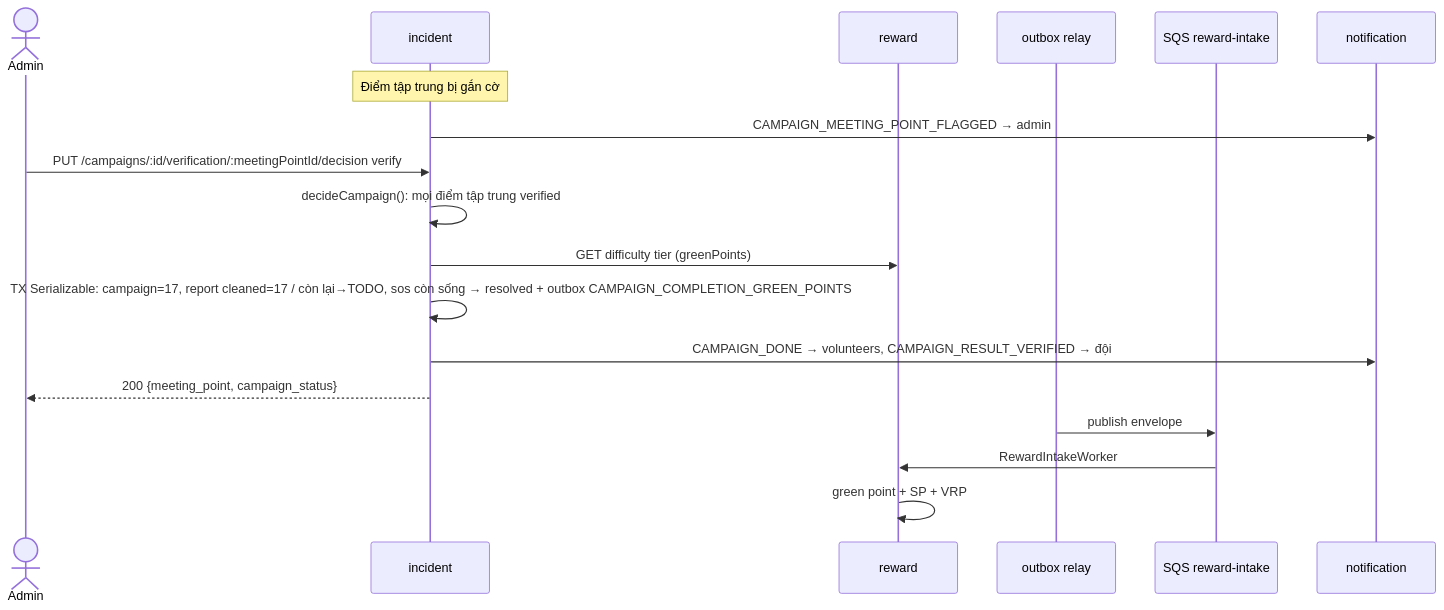
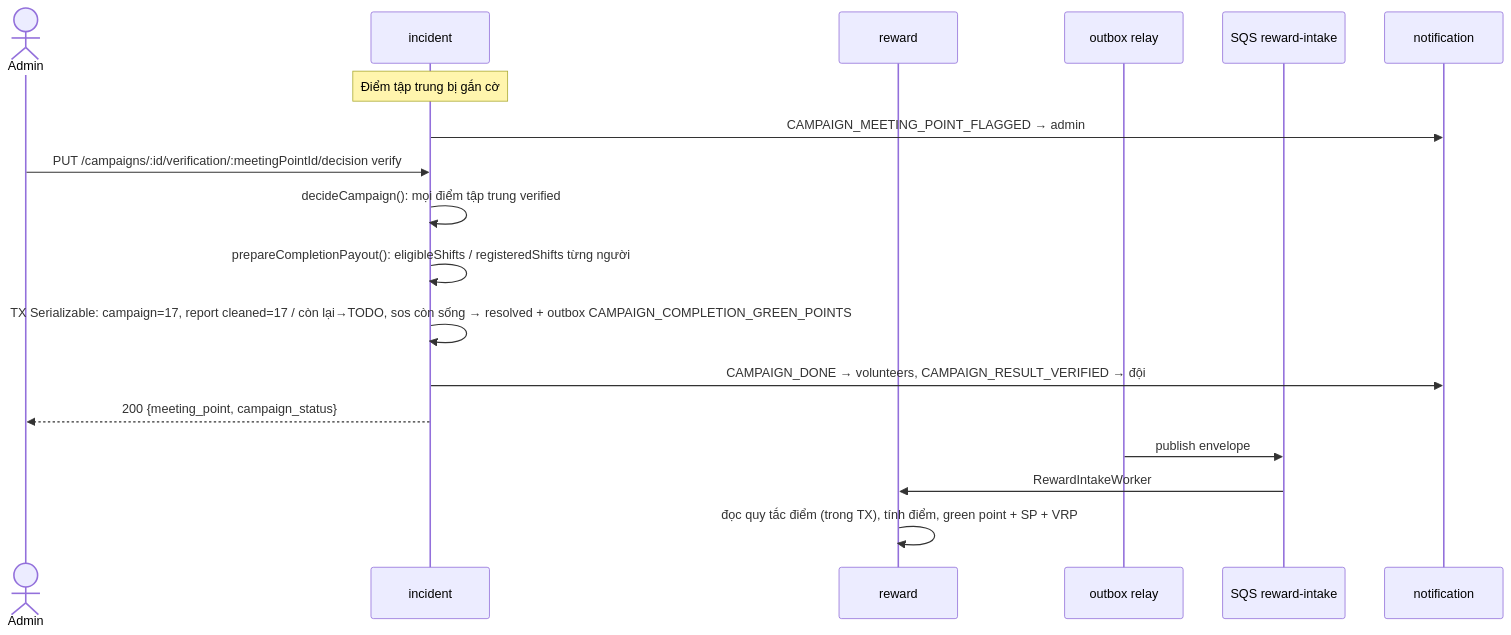
Before and after one commit to DOAN2-UQT-KN/ecolink-docs: diagram 24 of 30 in 02-business-flows.md, drawn with Mermaid. The commit also changed other lines of this file and 12 other files, not shown here.

Commit message:
docs: green points earning via point rules, remove campaign difficulty

````diff
--- a/02-business-flows.md
+++ b/02-business-flows.md
@@ -1048,20 +1044,20 @@
 ```mermaid
 sequenceDiagram
   actor A as Admin
   participant INC as incident
   participant RW as reward
   participant RL as outbox relay
   participant Q as SQS reward-intake
   participant NS as notification
   Note over INC: Điểm tập trung bị gắn cờ
   INC->>NS: CAMPAIGN_MEETING_POINT_FLAGGED → admin
   A->>INC: PUT /campaigns/:id/verification/:meetingPointId/decision verify
   INC->>INC: decideCampaign(): mọi điểm tập trung verified
-  INC->>RW: GET difficulty tier (greenPoints)
+  INC->>INC: prepareCompletionPayout(): eligibleShifts / registeredShifts từng người
   INC->>INC: TX Serializable: campaign=17, report cleaned=17 / còn lại→TODO, sos còn sống → resolved + outbox CAMPAIGN_COMPLETION_GREEN_POINTS
   INC->>NS: CAMPAIGN_DONE → volunteers, CAMPAIGN_RESULT_VERIFIED → đội
   INC-->>A: 200 {meeting_point, campaign_status}
   RL->>Q: publish envelope
   Q->>RW: RewardIntakeWorker
-  RW->>RW: green point + SP + VRP
+  RW->>RW: đọc quy tắc điểm (trong TX), tính điểm, green point + SP + VRP
 ```
````
